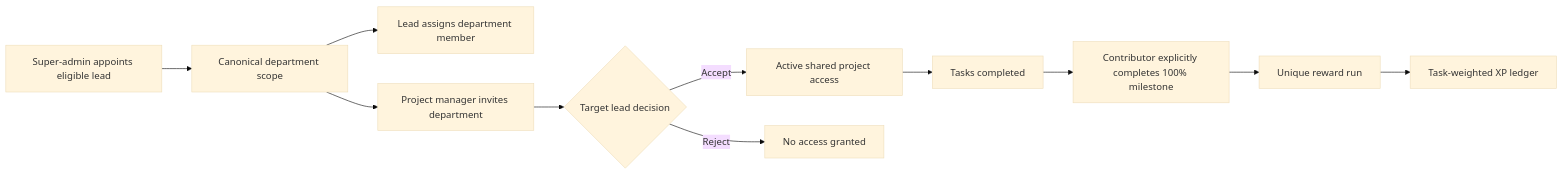
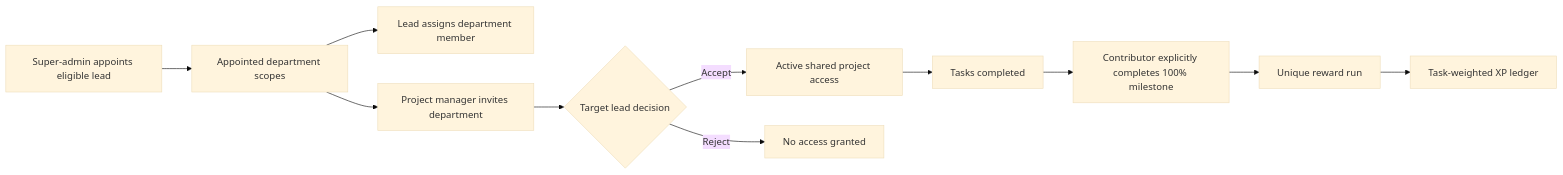
The second of 3 diagrams in docs/features/work-tracker/optimization.md (may24fc/sn-connect-app), drawn with Mermaid (base theme) before and after one commit. The commit also changed other lines of this file and 51 other files, not shown here.

````diff
--- a/docs/features/work-tracker/optimization.md
+++ b/docs/features/work-tracker/optimization.md
@@ -121,13 +128,13 @@
 ```mermaid
 flowchart LR
-    A[Super-admin appoints eligible lead] --> B[Canonical department scope]
+    A[Super-admin appoints eligible lead] --> B[Appointed department scopes]
     B --> C[Lead assigns department member]
     B --> D[Project manager invites department]
     D --> E{Target lead decision}
     E -->|Accept| F[Active shared project access]
     E -->|Reject| G[No access granted]
     F --> H[Tasks completed]
     H --> I[Contributor explicitly completes 100% milestone]
     I --> J[Unique reward run]
     J --> K[Task-weighted XP ledger]
 ```
````
